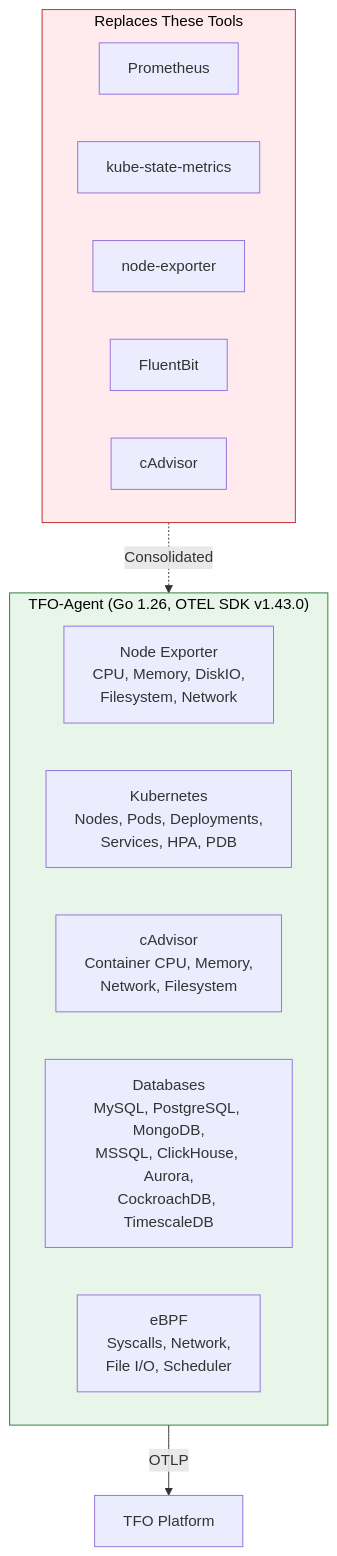
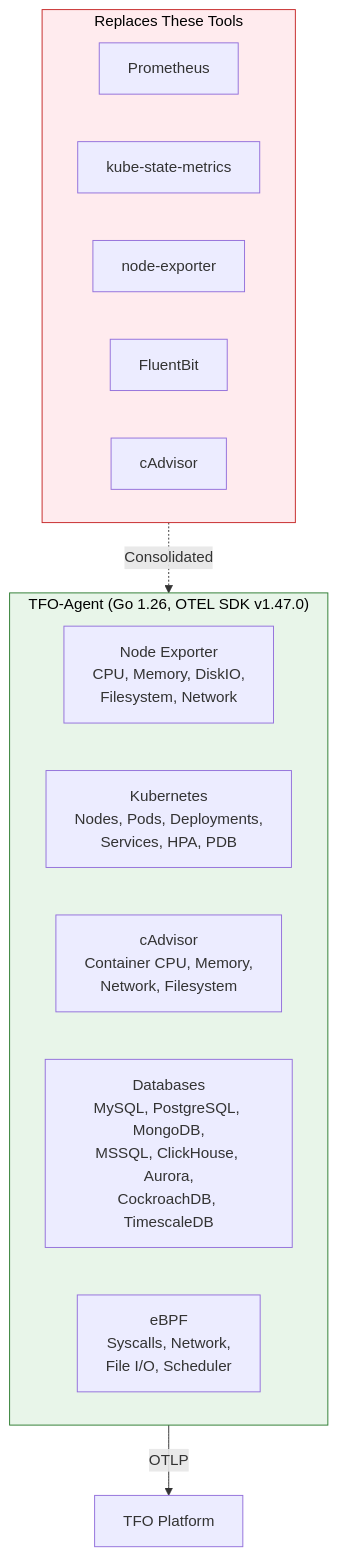
Before and after one commit to telemetryflow/telemetryflow-overview: the third of 3 diagrams in tfo-otel/README.md, drawn with Mermaid. The commit also changed other lines of this file and 11 other files, not shown here.

First line of the commit message:
docs: update component versions to latest (agent/collector/platform/OTel)

````diff
--- a/tfo-otel/README.md
+++ b/tfo-otel/README.md
@@ -274,24 +274,24 @@
 ```mermaid
 graph TB
     subgraph Replaced["Replaces These Tools"]
         PROM["Prometheus"]
         KSM["kube-state-metrics"]
         NE["node-exporter"]
         FB["FluentBit"]
         CAD["cAdvisor"]
     end
 
-    subgraph Agent["TFO-Agent (Go 1.26, OTEL SDK v1.43.0)"]
+    subgraph Agent["TFO-Agent (Go 1.26, OTEL SDK v1.47.0)"]
         NE_MOD["Node Exporter<br/>CPU, Memory, DiskIO,<br/>Filesystem, Network"]
         K8S_MOD["Kubernetes<br/>Nodes, Pods, Deployments,<br/>Services, HPA, PDB"]
         CAD_MOD["cAdvisor<br/>Container CPU, Memory,<br/>Network, Filesystem"]
         DB_MOD["Databases<br/>MySQL, PostgreSQL, MongoDB,<br/>MSSQL, ClickHouse, Aurora,<br/>CockroachDB, TimescaleDB"]
         EBPF_MOD["eBPF<br/>Syscalls, Network,<br/>File I/O, Scheduler"]
     end
 
     Replaced -.->|"Consolidated"| Agent
     Agent -->|"OTLP"| PLATFORM["TFO Platform"]
 
     style Replaced fill:#ffebee,stroke:#c62828,color:#000
     style Agent fill:#e8f5e9,stroke:#2e7d32,color:#000
 ```
````
